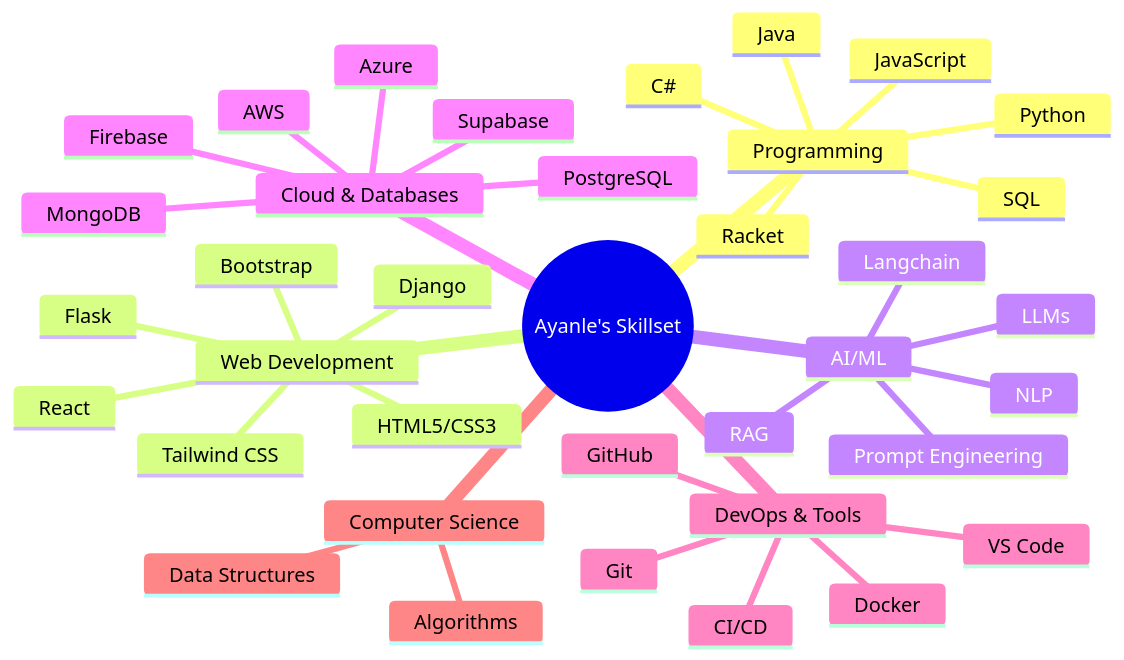
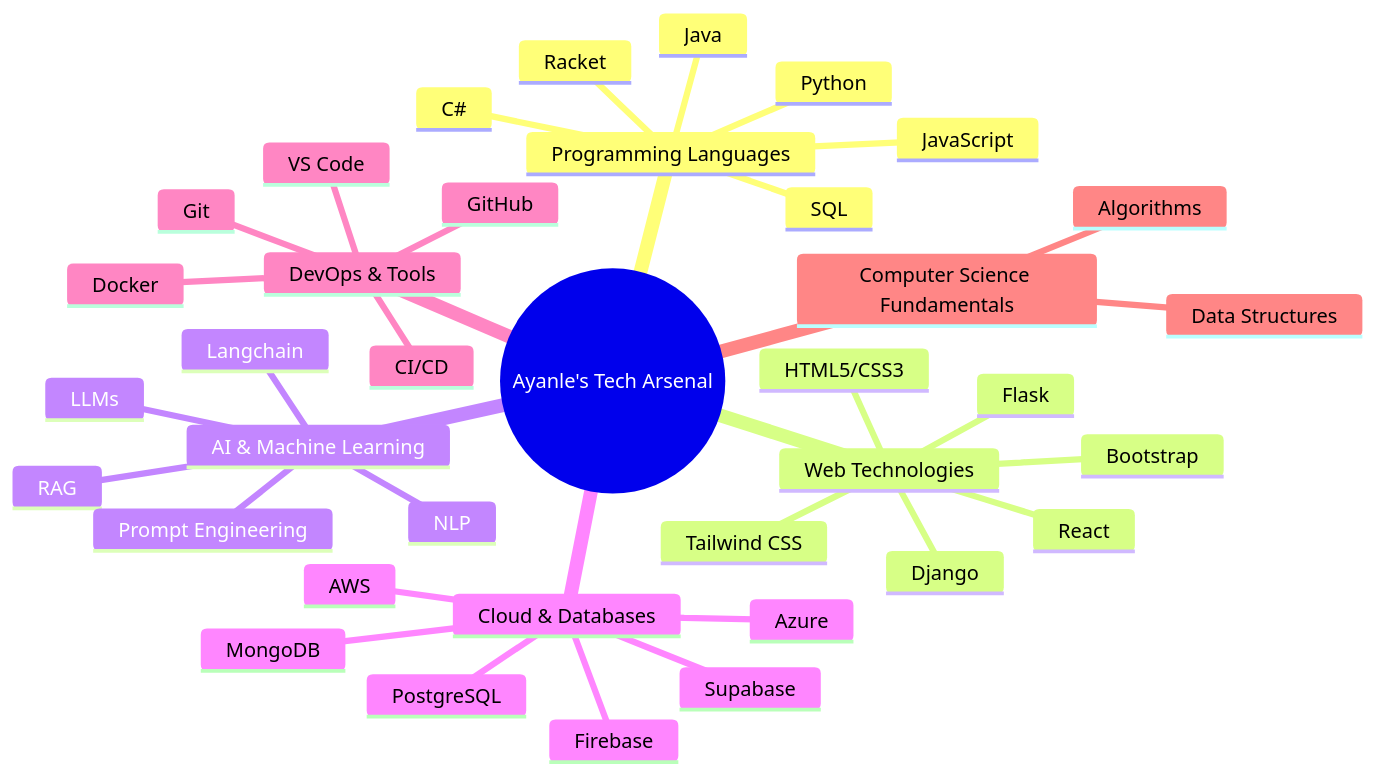
The diagram in README.md (Ayanleaideed/Ayanleaideed), drawn with Mermaid before and after one commit. The commit also changed other lines of this file, not shown here.

````diff
--- a/README.md
+++ b/README.md
@@ -35,40 +41,40 @@
 ```mermaid
 mindmap
-  root((Ayanle's Skillset))
-    Programming
+  root((Ayanle's Tech Arsenal))
+    Programming Languages
       Python
       Java
       JavaScript
       C#
       SQL
       Racket
-    Web Development
+    Web Technologies
+      React
       Django
-      React
+      Flask
       HTML5/CSS3
       Bootstrap
-      Flask
       Tailwind CSS
-    AI/ML
+    AI & Machine Learning
       LLMs
       RAG
       NLP
       Prompt Engineering
       Langchain
     Cloud & Databases
       AWS
       Azure
       PostgreSQL
       Firebase
       Supabase
       MongoDB
     DevOps & Tools
       Git
       GitHub
       VS Code
       Docker
       CI/CD
-    Computer Science
+    Computer Science Fundamentals
       Data Structures
       Algorithms
 ```
````
